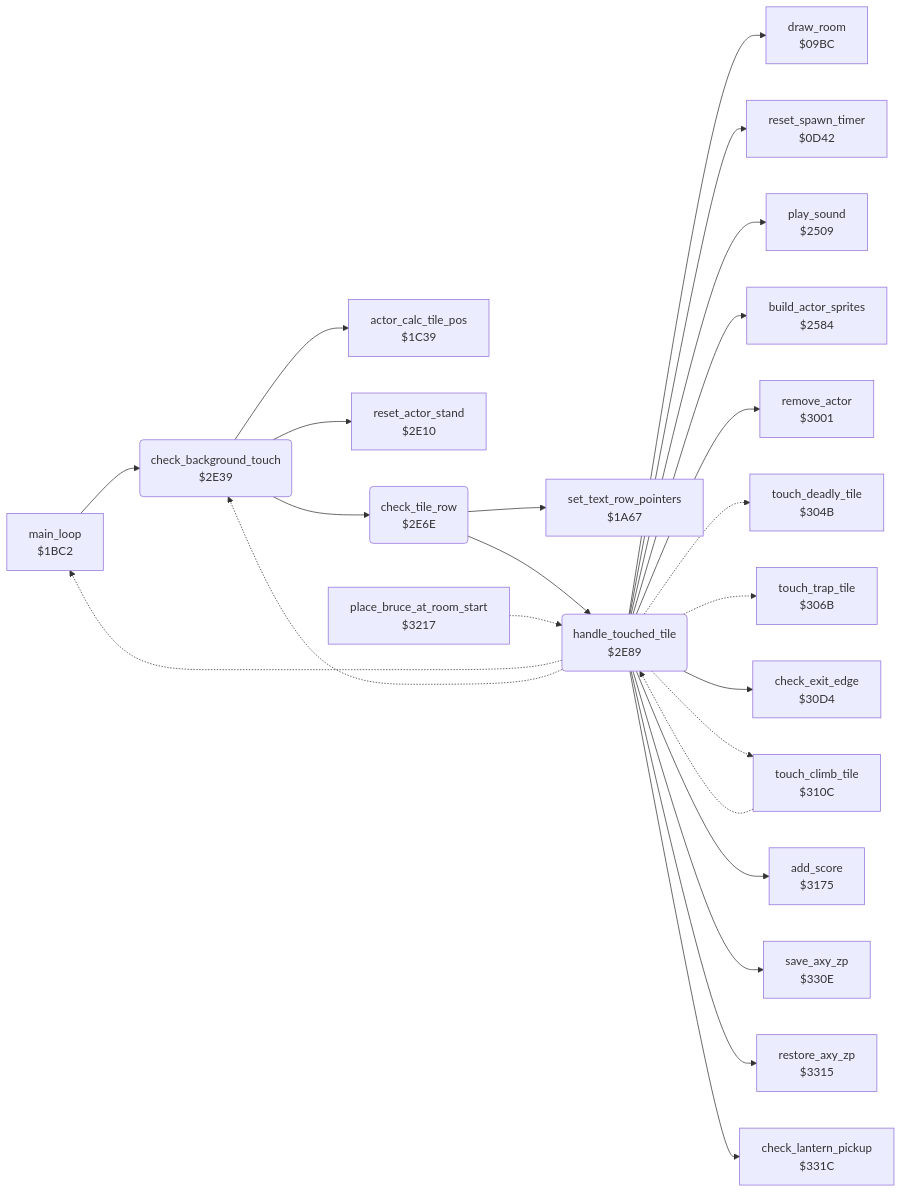
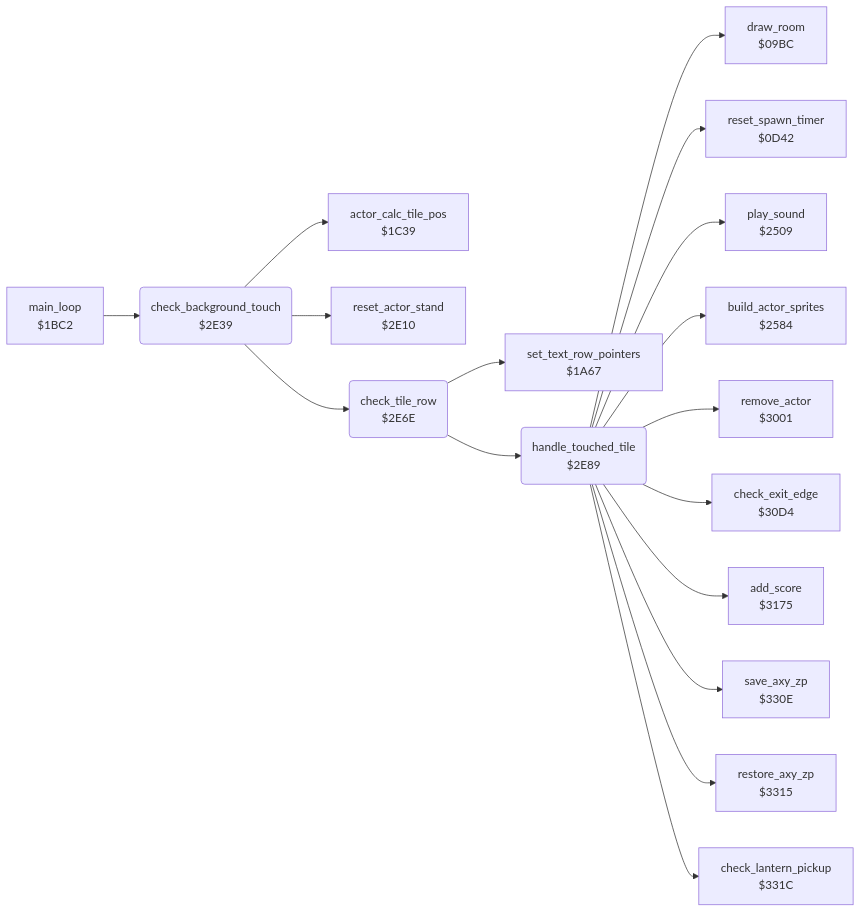
Before and after one commit to henols/c64_games: the diagram in bruce_lee/docs/reference/modules/actor/background_touch.md, drawn with Mermaid. The commit also changed other lines of this file and 236 other files, not shown here.

First line of the commit message:
Bruce Lee: rework to recordings and replays, and the room-change freeze of the original

````diff
--- a/bruce_lee/docs/reference/modules/actor/background_touch.md
+++ b/bruce_lee/docs/reference/modules/actor/background_touch.md
@@ -10,47 +20,36 @@
 ```mermaid
 flowchart LR
   n09bc["draw_room<br/>$09BC"]
   n0d42["reset_spawn_timer<br/>$0D42"]
   n1a67["set_text_row_pointers<br/>$1A67"]
   n1bc2["main_loop<br/>$1BC2"]
   n1c39["actor_calc_tile_pos<br/>$1C39"]
   n2509["play_sound<br/>$2509"]
   n2584["build_actor_sprites<br/>$2584"]
   n2e10["reset_actor_stand<br/>$2E10"]
   n2e39("check_background_touch<br/>$2E39")
   n2e6e("check_tile_row<br/>$2E6E")
   n2e89("handle_touched_tile<br/>$2E89")
   n3001["remove_actor<br/>$3001"]
-  n304b["touch_deadly_tile<br/>$304B"]
-  n306b["touch_trap_tile<br/>$306B"]
   n30d4["check_exit_edge<br/>$30D4"]
-  n310c["touch_climb_tile<br/>$310C"]
   n3175["add_score<br/>$3175"]
-  n3217["place_bruce_at_room_start<br/>$3217"]
   n330e["save_axy_zp<br/>$330E"]
   n3315["restore_axy_zp<br/>$3315"]
   n331c["check_lantern_pickup<br/>$331C"]
   n1bc2 --> n2e39
   n2e39 --> n1c39
   n2e39 --> n2e10
   n2e39 --> n2e6e
   n2e6e --> n1a67
   n2e6e --> n2e89
   n2e89 --> n09bc
   n2e89 --> n0d42
-  n2e89 -.-> n1bc2
   n2e89 --> n2509
   n2e89 --> n2584
-  n2e89 -.-> n2e39
   n2e89 --> n3001
-  n2e89 -.-> n304b
-  n2e89 -.-> n306b
   n2e89 --> n30d4
-  n2e89 -.-> n310c
   n2e89 --> n3175
   n2e89 --> n330e
   n2e89 --> n3315
   n2e89 --> n331c
-  n310c -.-> n2e89
-  n3217 -.-> n2e89
 ```
````
